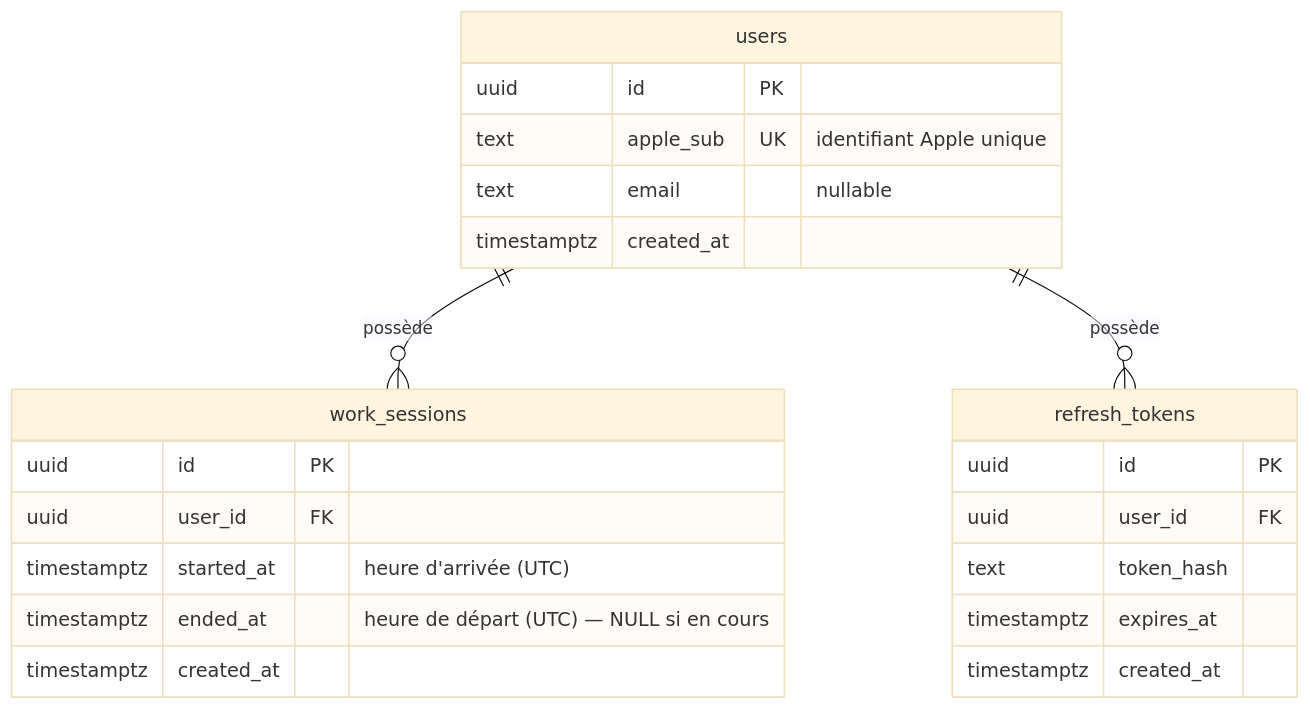
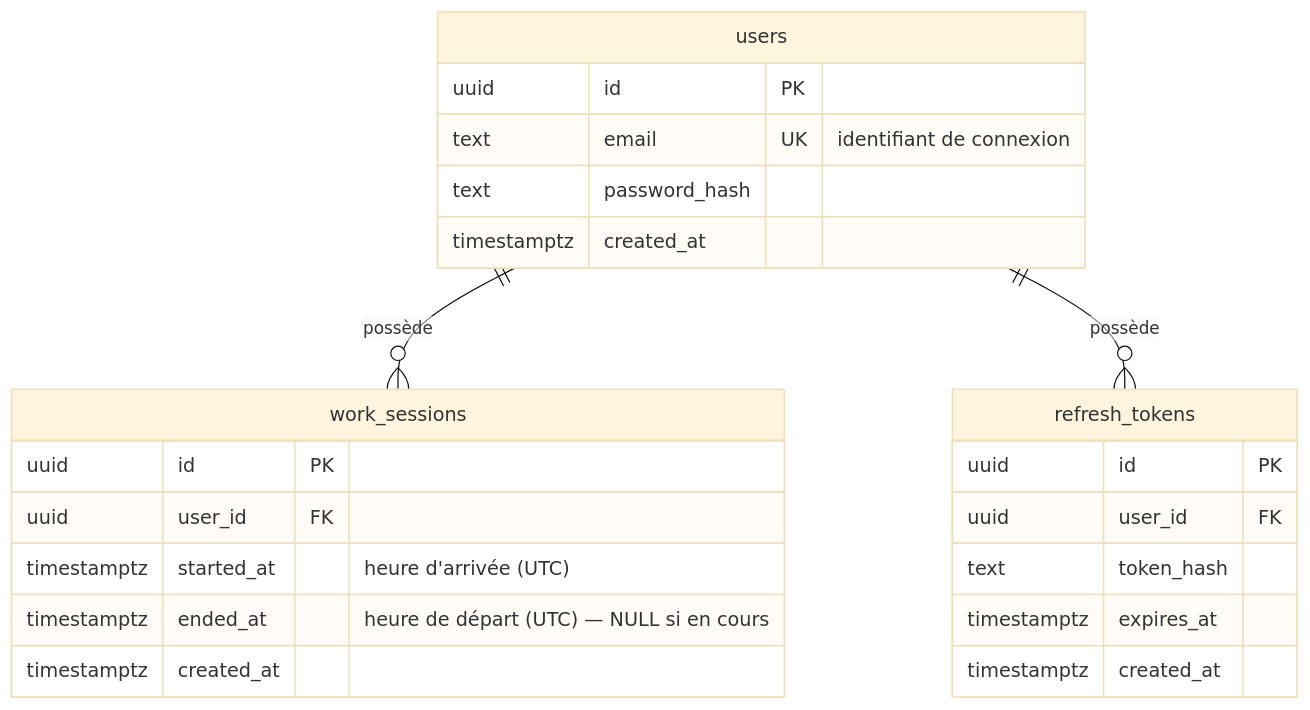
The first of 2 diagrams in backend/README.md (OscarPALISSOT/DeskClock), drawn with Mermaid (base theme) before and after one commit. The commit also changed other lines of this file and 2 other files, not shown here.

````diff
--- a/backend/README.md
+++ b/backend/README.md
@@ -34,28 +43,28 @@
 ```mermaid
 erDiagram
     users {
         uuid id PK
-        text apple_sub UK "identifiant Apple unique"
-        text email "nullable"
+        text email UK "identifiant de connexion"
+        text password_hash
         timestamptz created_at
     }
 
     work_sessions {
         uuid id PK
         uuid user_id FK
         timestamptz started_at "heure d'arrivée (UTC)"
         timestamptz ended_at "heure de départ (UTC) — NULL si en cours"
         timestamptz created_at
     }
 
     refresh_tokens {
         uuid id PK
         uuid user_id FK
         text token_hash
         timestamptz expires_at
         timestamptz created_at
     }
 
     users ||--o{ work_sessions : "possède"
     users ||--o{ refresh_tokens : "possède"
 ```
````
